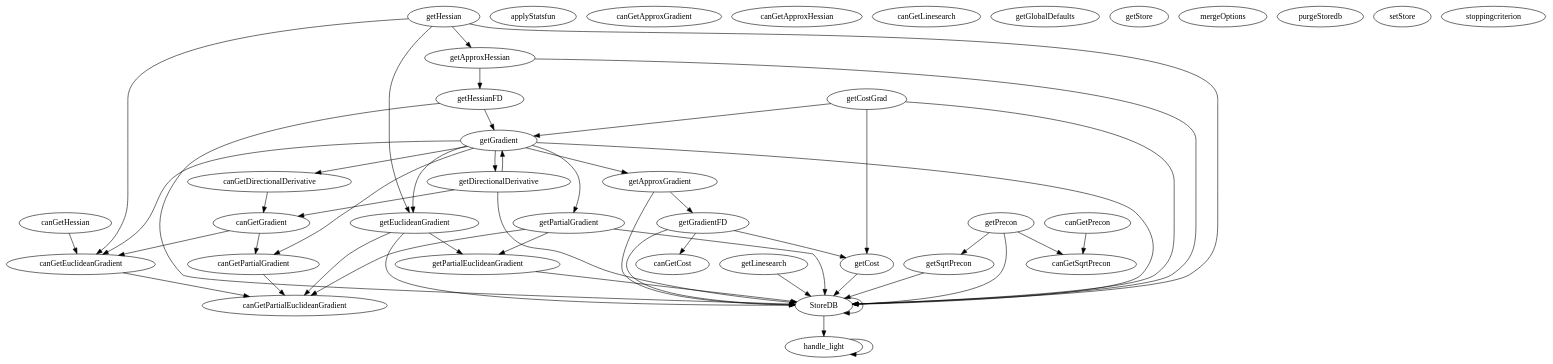
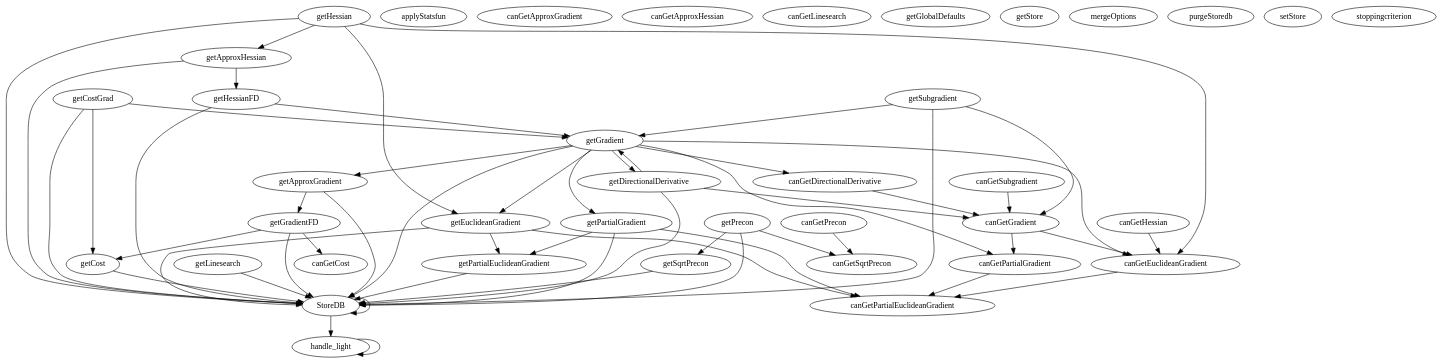
One commit to NicolasBoumal/manopt changed the diagram in web/reference/manopt/core/graph.dot. Above: the diagram before and after it, drawn with Graphviz. The commit also changed 256 other files, not shown here.

```diff
--- a/web/reference/manopt/core/graph.dot
+++ b/web/reference/manopt/core/graph.dot
@@ -1,90 +1,96 @@
 /* Created by mdot for Matlab */
 digraph m2html {
   StoreDB -> StoreDB;
   StoreDB -> handle_light;
   canGetDirectionalDerivative -> canGetGradient;
   canGetEuclideanGradient -> canGetPartialEuclideanGradient;
   canGetGradient -> canGetEuclideanGradient;
   canGetGradient -> canGetPartialGradient;
   canGetHessian -> canGetEuclideanGradient;
   canGetPartialGradient -> canGetPartialEuclideanGradient;
   canGetPrecon -> canGetSqrtPrecon;
+  canGetSubgradient -> canGetGradient;
   getApproxGradient -> StoreDB;
   getApproxGradient -> getGradientFD;
   getApproxHessian -> StoreDB;
   getApproxHessian -> getHessianFD;
   getCost -> StoreDB;
   getCostGrad -> StoreDB;
   getCostGrad -> getCost;
   getCostGrad -> getGradient;
   getDirectionalDerivative -> StoreDB;
   getDirectionalDerivative -> canGetGradient;
   getDirectionalDerivative -> getGradient;
   getEuclideanGradient -> StoreDB;
   getEuclideanGradient -> canGetPartialEuclideanGradient;
   getEuclideanGradient -> getPartialEuclideanGradient;
   getGradient -> StoreDB;
   getGradient -> canGetDirectionalDerivative;
   getGradient -> canGetEuclideanGradient;
   getGradient -> canGetPartialGradient;
   getGradient -> getApproxGradient;
   getGradient -> getDirectionalDerivative;
   getGradient -> getEuclideanGradient;
   getGradient -> getPartialGradient;
   getGradientFD -> StoreDB;
   getGradientFD -> canGetCost;
   getGradientFD -> getCost;
   getHessian -> StoreDB;
   getHessian -> canGetEuclideanGradient;
   getHessian -> getApproxHessian;
   getHessian -> getEuclideanGradient;
   getHessianFD -> StoreDB;
   getHessianFD -> getGradient;
   getLinesearch -> StoreDB;
   getPartialEuclideanGradient -> StoreDB;
   getPartialGradient -> StoreDB;
   getPartialGradient -> canGetPartialEuclideanGradient;
   getPartialGradient -> getPartialEuclideanGradient;
   getPrecon -> StoreDB;
   getPrecon -> canGetSqrtPrecon;
   getPrecon -> getSqrtPrecon;
   getSqrtPrecon -> StoreDB;
+  getSubgradient -> StoreDB;
+  getSubgradient -> canGetGradient;
+  getSubgradient -> getGradient;
   handle_light -> handle_light;
 
   StoreDB [URL="StoreDB.html"];
   applyStatsfun [URL="applyStatsfun.html"];
   canGetApproxGradient [URL="canGetApproxGradient.html"];
   canGetApproxHessian [URL="canGetApproxHessian.html"];
   canGetCost [URL="canGetCost.html"];
   canGetDirectionalDerivative [URL="canGetDirectionalDerivative.html"];
   canGetEuclideanGradient [URL="canGetEuclideanGradient.html"];
   canGetGradient [URL="canGetGradient.html"];
   canGetHessian [URL="canGetHessian.html"];
   canGetLinesearch [URL="canGetLinesearch.html"];
   canGetPartialEuclideanGradient [URL="canGetPartialEuclideanGradient.html"];
   canGetPartialGradient [URL="canGetPartialGradient.html"];
   canGetPrecon [URL="canGetPrecon.html"];
   canGetSqrtPrecon [URL="canGetSqrtPrecon.html"];
+  canGetSubgradient [URL="canGetSubgradient.html"];
   getApproxGradient [URL="getApproxGradient.html"];
   getApproxHessian [URL="getApproxHessian.html"];
   getCost [URL="getCost.html"];
   getCostGrad [URL="getCostGrad.html"];
   getDirectionalDerivative [URL="getDirectionalDerivative.html"];
   getEuclideanGradient [URL="getEuclideanGradient.html"];
   getGlobalDefaults [URL="getGlobalDefaults.html"];
   getGradient [URL="getGradient.html"];
   getGradientFD [URL="getGradientFD.html"];
   getHessian [URL="getHessian.html"];
   getHessianFD [URL="getHessianFD.html"];
   getLinesearch [URL="getLinesearch.html"];
   getPartialEuclideanGradient [URL="getPartialEuclideanGradient.html"];
   getPartialGradient [URL="getPartialGradient.html"];
   getPrecon [URL="getPrecon.html"];
   getSqrtPrecon [URL="getSqrtPrecon.html"];
   getStore [URL="getStore.html"];
+  getSubgradient [URL="getSubgradient.html"];
   handle_light [URL="handle_light.html"];
   mergeOptions [URL="mergeOptions.html"];
   purgeStoredb [URL="purgeStoredb.html"];
   setStore [URL="setStore.html"];
   stoppingcriterion [URL="stoppingcriterion.html"];
 }
```
